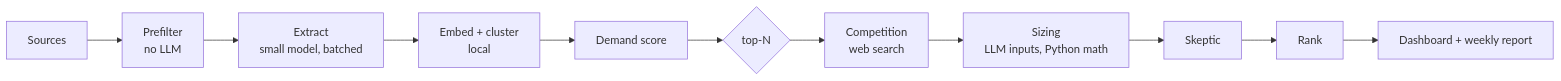
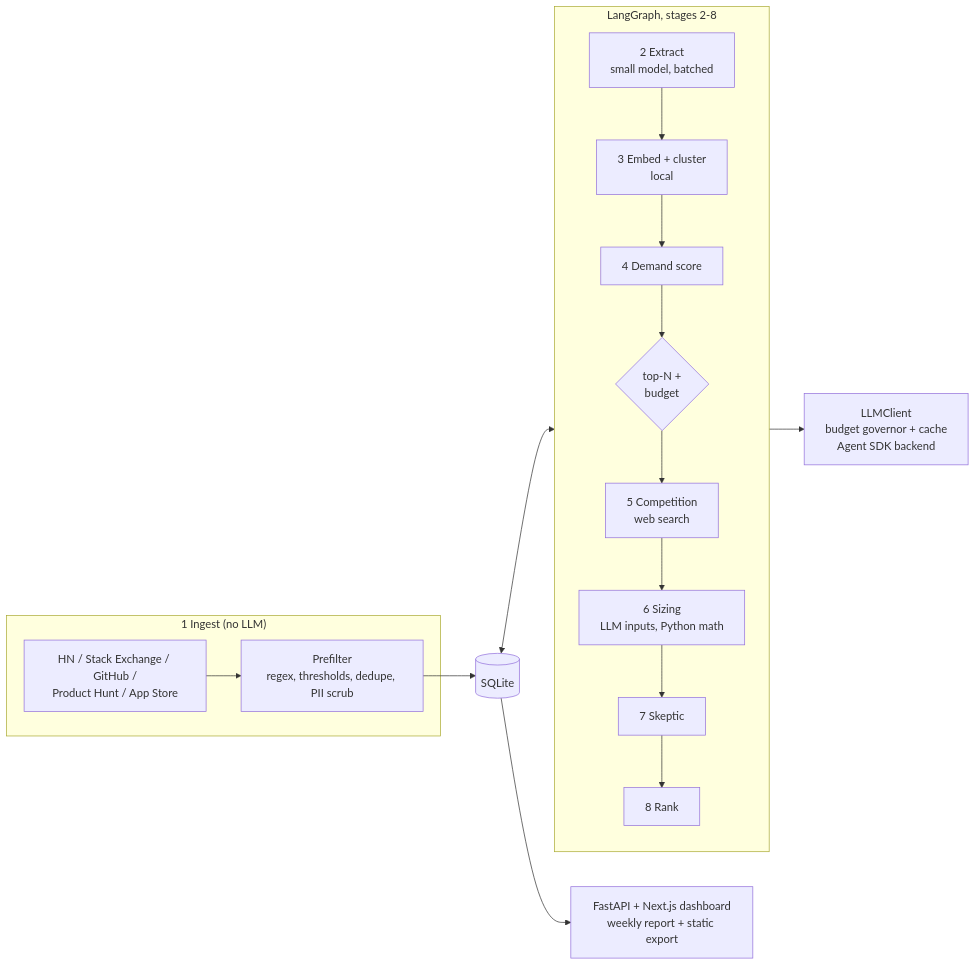
The diagram in README.md (paraspipre/idea-radar), drawn with Mermaid before and after one commit. The commit also changed other lines of this file and 33 other files, not shown here.

````diff
--- a/README.md
+++ b/README.md
@@ -14,9 +16,16 @@
 ```mermaid
 flowchart LR
-  S[Sources] --> P[Prefilter<br/>no LLM] --> X[Extract<br/>small model, batched]
-  X --> C[Embed + cluster<br/>local] --> D[Demand score]
-  D --> G{top-N}
-  G --> K[Competition<br/>web search] --> Z[Sizing<br/>LLM inputs, Python math]
-  Z --> SK[Skeptic] --> R[Rank]
-  R --> UI[Dashboard + weekly report]
+  subgraph Ingest["1 Ingest (no LLM)"]
+    SRC[HN / Stack Exchange / GitHub /<br/>Product Hunt / App Store] --> PF[Prefilter<br/>regex, thresholds, dedupe, PII scrub]
+  end
+  PF --> DB[(SQLite)]
+  subgraph Graph["LangGraph, stages 2-8"]
+    X[2 Extract<br/>small model, batched] --> C[3 Embed + cluster<br/>local]
+    C --> D[4 Demand score] --> G{top-N +<br/>budget}
+    G --> K[5 Competition<br/>web search] --> Z[6 Sizing<br/>LLM inputs, Python math]
+    Z --> SK[7 Skeptic] --> R[8 Rank]
+  end
+  DB <--> Graph
+  Graph --> LLM[LLMClient<br/>budget governor + cache<br/>Agent SDK backend]
+  DB --> UI[FastAPI + Next.js dashboard<br/>weekly report + static export]
 ```
````
